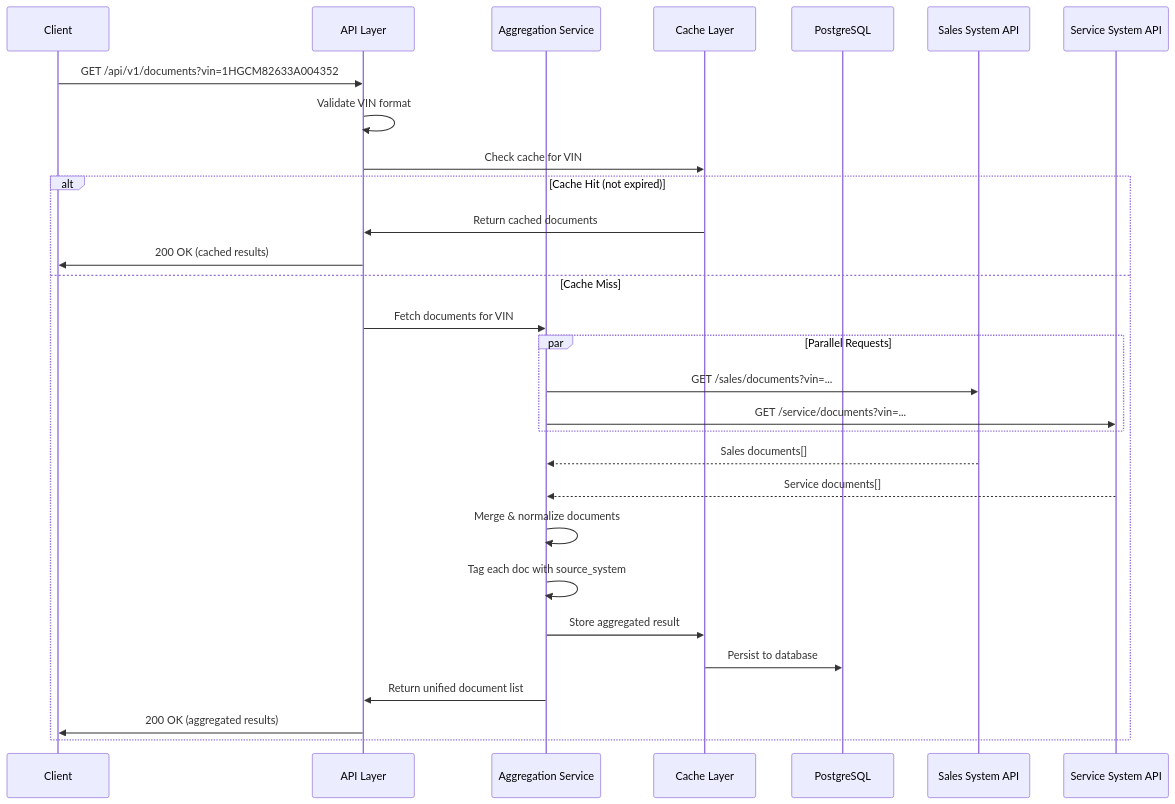
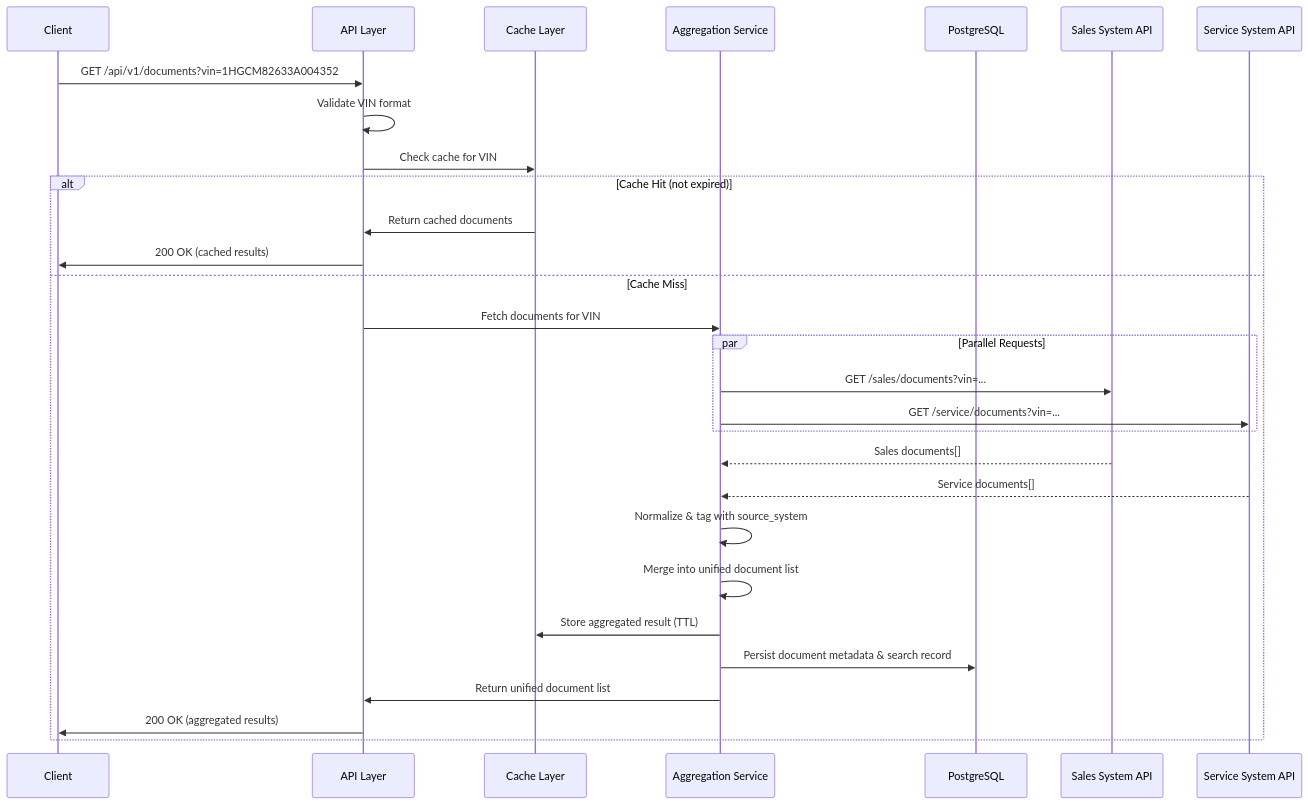
The second of 5 diagrams in docs/SYSTEM_DESIGN.md (Hodnduy/unified-document-viewer), drawn with Mermaid before and after one commit. The commit also changed other lines of this file, not shown here.

````diff
--- a/docs/SYSTEM_DESIGN.md
+++ b/docs/SYSTEM_DESIGN.md
@@ -93,38 +95,38 @@
 ```mermaid
 sequenceDiagram
     participant C as Client
     participant API as API Layer
+    participant CACHE as Cache Layer
     participant AGG as Aggregation Service
-    participant CACHE as Cache Layer
     participant DB as PostgreSQL
     participant SALES as Sales System API
     participant SVC as Service System API
 
     C->>API: GET /api/v1/documents?vin=1HGCM82633A004352
     API->>API: Validate VIN format
 
     API->>CACHE: Check cache for VIN
     alt Cache Hit (not expired)
         CACHE->>API: Return cached documents
         API->>C: 200 OK (cached results)
     else Cache Miss
         API->>AGG: Fetch documents for VIN
 
         par Parallel Requests
             AGG->>SALES: GET /sales/documents?vin=...
             AGG->>SVC: GET /service/documents?vin=...
         end
 
         SALES-->>AGG: Sales documents[]
         SVC-->>AGG: Service documents[]
 
-        AGG->>AGG: Merge & normalize documents
-        AGG->>AGG: Tag each doc with source_system
+        AGG->>AGG: Normalize & tag with source_system
+        AGG->>AGG: Merge into unified document list
 
-        AGG->>CACHE: Store aggregated result
-        CACHE->>DB: Persist to database
+        AGG->>CACHE: Store aggregated result (TTL)
+        AGG->>DB: Persist document metadata & search record
 
         AGG->>API: Return unified document list
         API->>C: 200 OK (aggregated results)
     end
 ```
````
